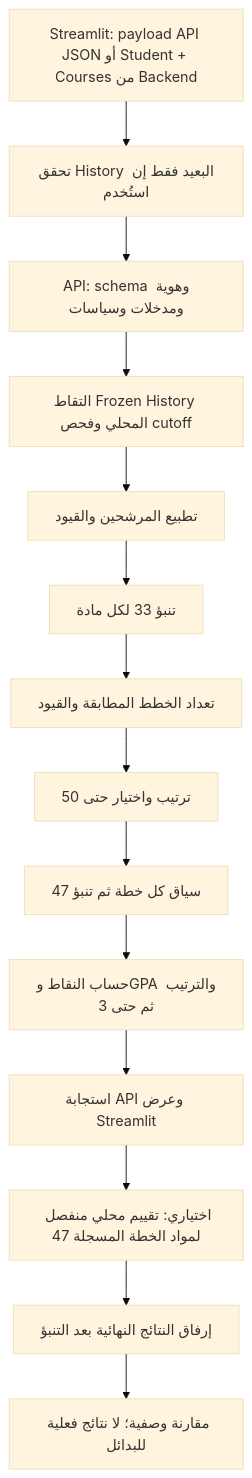
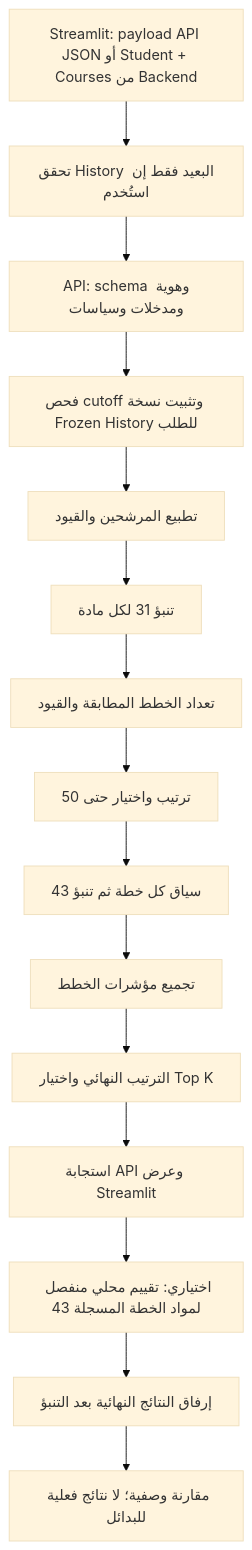
Before and after one commit to ShrkoXIII/Academic_Advisor_Stable: the second of 2 diagrams in docs/PIPELINE_AND_LOGIC_MAP.md, drawn with Mermaid (base theme). The commit also changed other lines of this file and 8 other files, not shown here.

````diff
--- a/docs/PIPELINE_AND_LOGIC_MAP.md
+++ b/docs/PIPELINE_AND_LOGIC_MAP.md
@@ -74,16 +74,17 @@
 ```mermaid
 flowchart TD
  U[Streamlit: payload API JSON أو Student + Courses من Backend] --> Q[تحقق History البعيد فقط إن استُخدم]
  Q --> API[API: schema وهوية ومدخلات وسياسات]
- API --> H[التقاط Frozen History المحلي وفحص cutoff]
+ API --> H[فحص cutoff وتثبيت نسخة Frozen History للطلب]
  H --> C[تطبيع المرشحين والقيود]
- C --> S1[تنبؤ 33 لكل مادة]
+ C --> S1[تنبؤ 31 لكل مادة]
  S1 --> G[تعداد الخطط المطابقة والقيود]
  G --> L[ترتيب واختيار حتى 50]
- L --> S2[سياق كل خطة ثم تنبؤ 47]
- S2 --> R[حساب النقاط وGPA والترتيب ثم حتى 3]
+ L --> S2[سياق كل خطة ثم تنبؤ 43]
+ S2 --> A2[تجميع مؤشرات الخطط]
+ A2 --> R[الترتيب النهائي واختيار Top K]
  R --> UI[استجابة API وعرض Streamlit]
- UI --> O[اختياري: تقييم محلي منفصل لمواد الخطة المسجلة 47]
+ UI --> O[اختياري: تقييم محلي منفصل لمواد الخطة المسجلة 43]
  O --> A[إرفاق النتائج النهائية بعد التنبؤ]
  A --> V[مقارنة وصفية؛ لا نتائج فعلية للبدائل]
 ```
````
